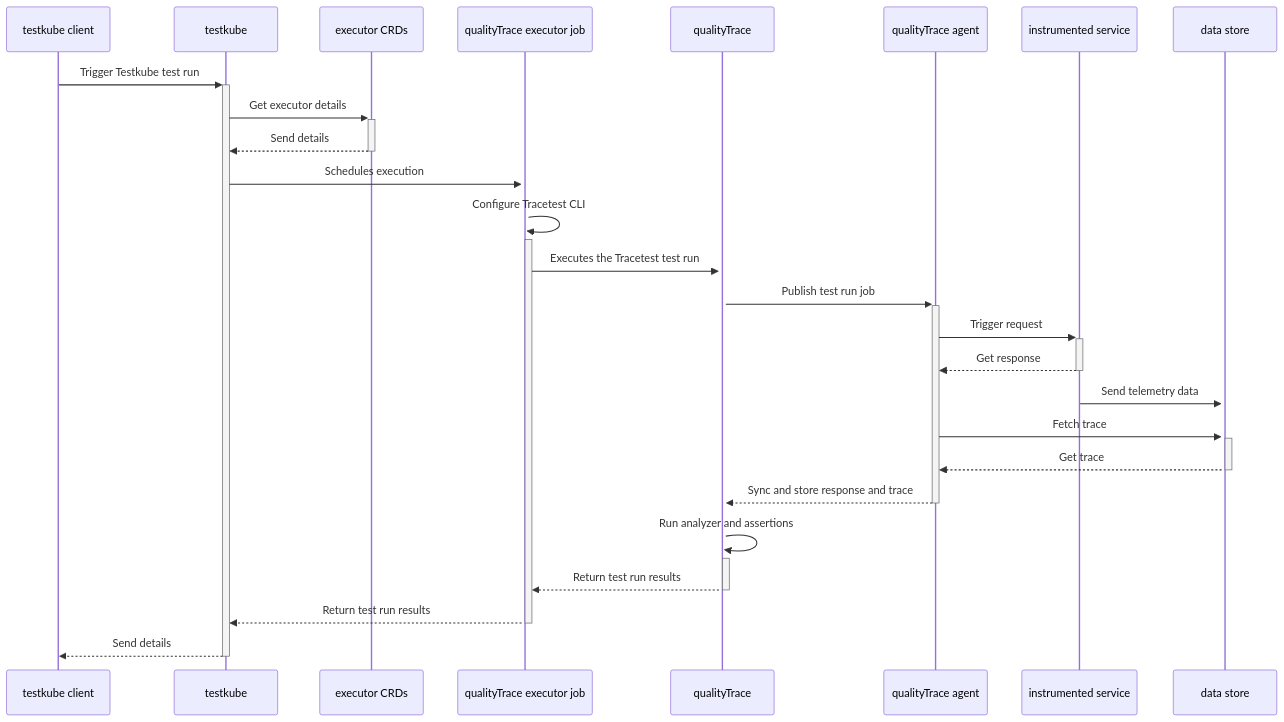
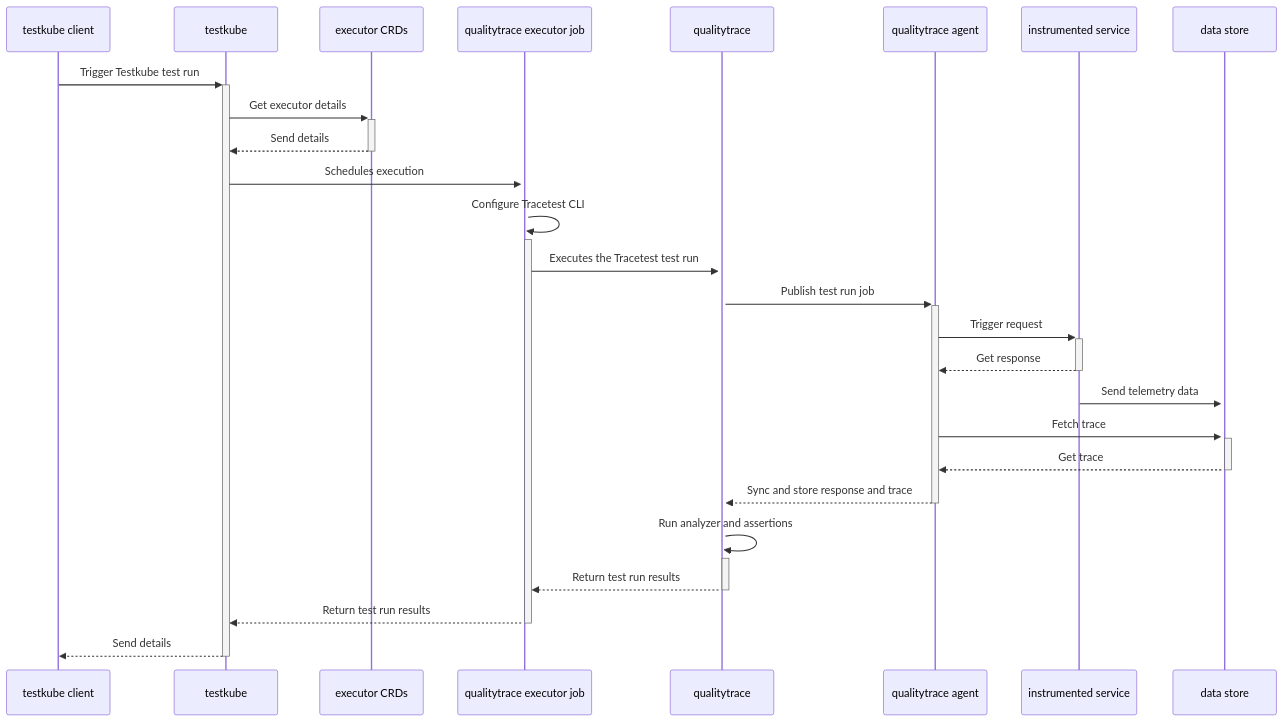
Before and after one commit to intelops/qualitytrace: the diagram in docs/docs/ci-cd-automation/testkube-pipeline.mdx, drawn with Mermaid. The commit also changed other lines of this file and 810 other files, not shown here.

Commit message:
fix: name change from qualityTrace to qualitytrace

````diff
--- a/docs/docs/ci-cd-automation/testkube-pipeline.mdx
+++ b/docs/docs/ci-cd-automation/testkube-pipeline.mdx
@@ -50,20 +50,20 @@
 ```mermaid
 sequenceDiagram
     testkube client->>+testkube: Trigger Testkube test run
     testkube->>+executor CRDs: Get executor details
     executor CRDs-->>-testkube: Send details
-    testkube->>+qualityTrace executor job: Schedules execution
-    qualityTrace executor job->>+qualityTrace executor job: Configure Tracetest CLI
-    qualityTrace executor job->>+qualityTrace: Executes the Tracetest test run
-    qualityTrace->>+qualityTrace agent: Publish test run job
-    qualityTrace agent->>+instrumented service: Trigger request
-    instrumented service-->>-qualityTrace agent: Get response
+    testkube->>+qualitytrace executor job: Schedules execution
+    qualitytrace executor job->>+qualitytrace executor job: Configure Tracetest CLI
+    qualitytrace executor job->>+qualitytrace: Executes the Tracetest test run
+    qualitytrace->>+qualitytrace agent: Publish test run job
+    qualitytrace agent->>+instrumented service: Trigger request
+    instrumented service-->>-qualitytrace agent: Get response
     instrumented service->>+data store: Send telemetry data
-    qualityTrace agent->>+data store: Fetch trace
-    data store-->>-qualityTrace agent: Get trace
-    qualityTrace agent-->>-qualityTrace: Sync and store response and trace
-    qualityTrace->>+qualityTrace: Run analyzer and assertions
-    qualityTrace-->>-qualityTrace executor job: Return test run results
-    qualityTrace executor job-->>-testkube: Return test run results
+    qualitytrace agent->>+data store: Fetch trace
+    data store-->>-qualitytrace agent: Get trace
+    qualitytrace agent-->>-qualitytrace: Sync and store response and trace
+    qualitytrace->>+qualitytrace: Run analyzer and assertions
+    qualitytrace-->>-qualitytrace executor job: Return test run results
+    qualitytrace executor job-->>-testkube: Return test run results
     testkube-->>-testkube client: Send details
 ```
````
